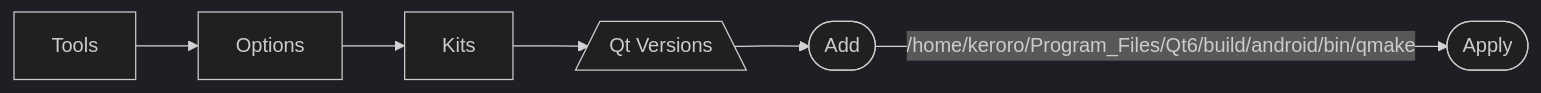
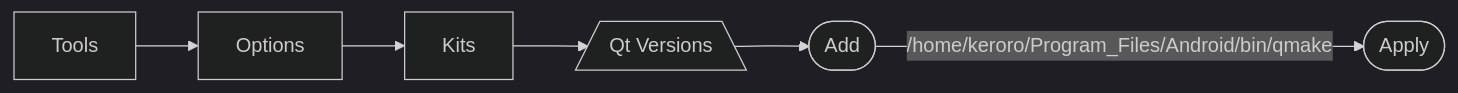
Before and after one commit to cia1099/linuxSetting: the diagram in README.md, drawn with Mermaid (dark theme). The commit also changed other lines of this file and 1 other file, not shown here.

````diff
--- a/README.md
+++ b/README.md
@@ -304,6 +303,6 @@
 ```mermaid
 flowchart LR
 
 Tools-->Options-->Kits-->Tab[/Qt Versions\]-->add([Add])
---/home/keroro/Program_Files/Qt6/build/android/bin/qmake-->appy([Apply])
+--/home/keroro/Program_Files/Android/bin/qmake-->appy([Apply])
 ```
````
